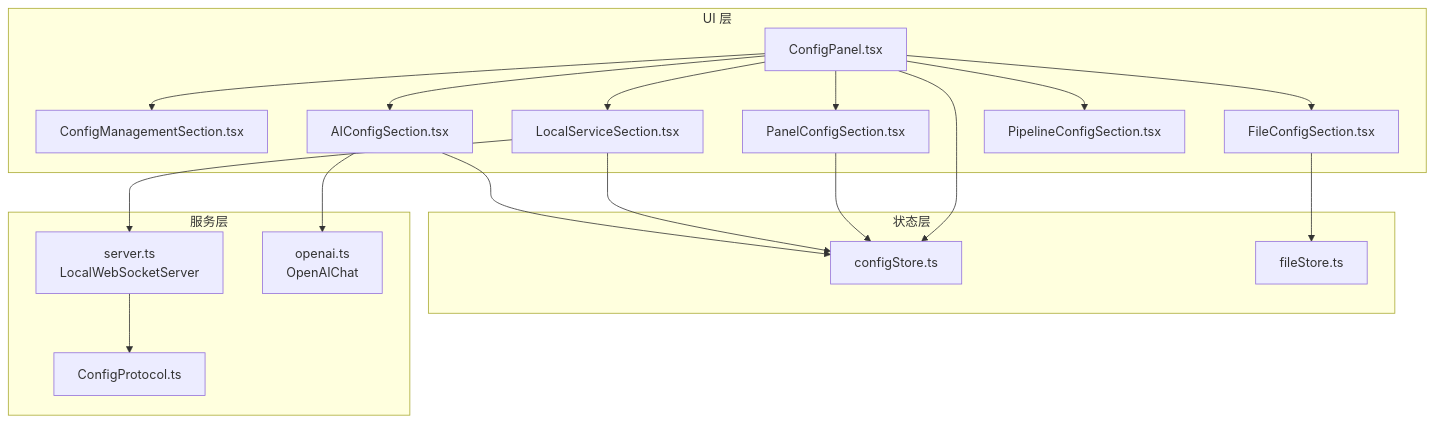
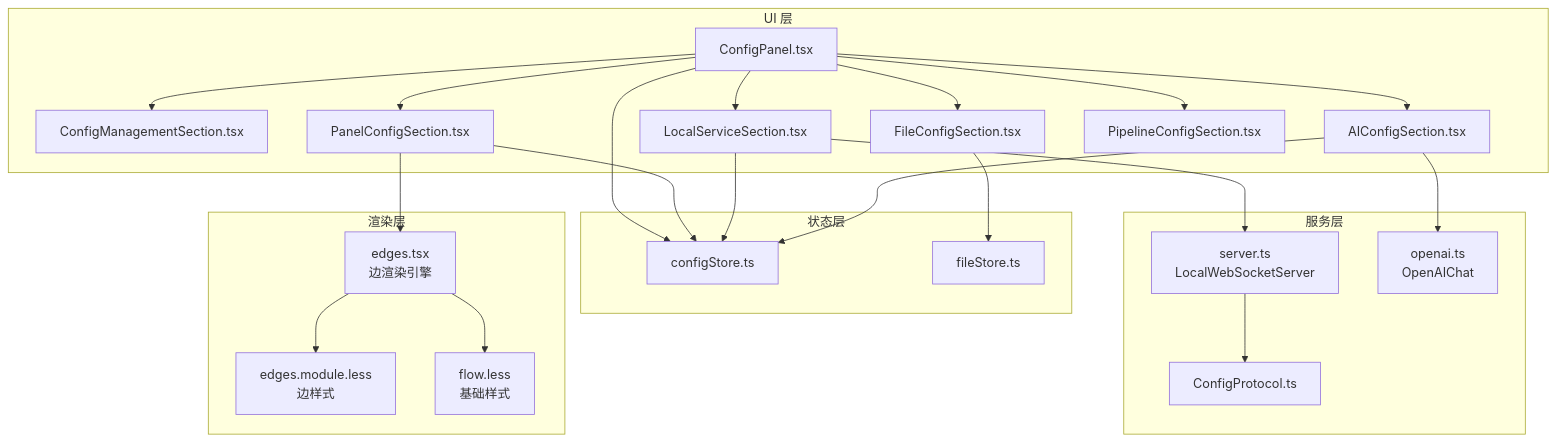
Before and after one commit to kqcoxn/MaaPipelineEditor: the first of 4 diagrams in .qoder/repowiki/zh/content/用户界面/面板系统/配置面板/配置面板.md, drawn with Mermaid. The commit also changed other lines of this file and 3 other files, not shown here.

````diff
--- a/.qoder/repowiki/zh/content/用户界面/面板系统/配置面板/配置面板.md
+++ b/.qoder/repowiki/zh/content/用户界面/面板系统/配置面板/配置面板.md
@@ -46,35 +52,43 @@
 ```mermaid
 graph TB
 subgraph "UI 层"
 CP["ConfigPanel.tsx"]
 CM["ConfigManagementSection.tsx"]
 PC["PanelConfigSection.tsx"]
 FC["FileConfigSection.tsx"]
 LS["LocalServiceSection.tsx"]
 AI["AIConfigSection.tsx"]
 PL["PipelineConfigSection.tsx"]
 end
 subgraph "状态层"
 CS["configStore.ts"]
 FS["fileStore.ts"]
 end
 subgraph "服务层"
 WS["server.ts<br/>LocalWebSocketServer"]
 CFGP["ConfigProtocol.ts"]
 OA["openai.ts<br/>OpenAIChat"]
 end
+subgraph "渲染层"
+ED["edges.tsx<br/>边渲染引擎"]
+EM["edges.module.less<br/>边样式"]
+FL["flow.less<br/>基础样式"]
+end
 CP --> CM
 CP --> PC
 CP --> FC
 CP --> LS
 CP --> AI
 CP --> PL
 CP --> CS
 PC --> CS
 FC --> FS
 LS --> CS
 AI --> CS
 AI --> OA
 LS --> WS
 WS --> CFGP
+PC --> ED
+ED --> EM
+ED --> FL
 ```
````
